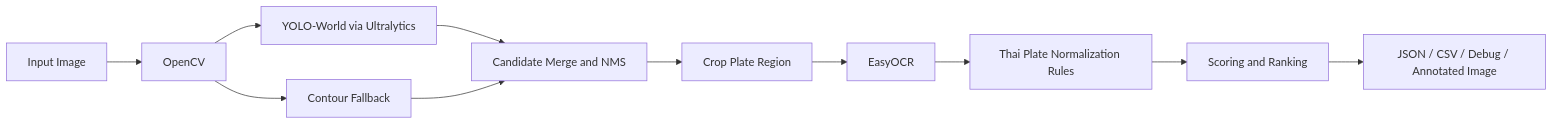
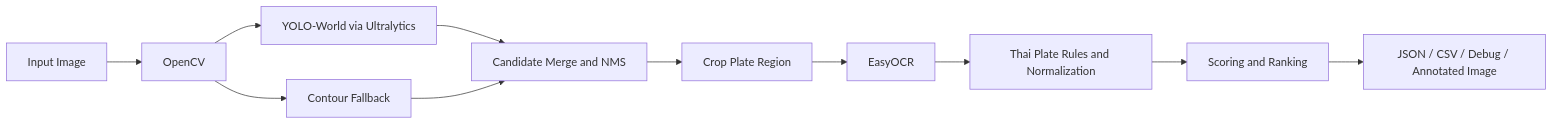
The first of 8 diagrams in README.md (Kidpech-code/thai_license_plate), drawn with Mermaid before and after one commit. The commit also changed other lines of this file, not shown here.

Commit message:
Expand README with bilingual docs and diagrams

````diff
--- a/README.md
+++ b/README.md
@@ -67,13 +73,13 @@
 ```mermaid
 flowchart LR
     A[Input Image] --> B[OpenCV]
     B --> C[YOLO-World via Ultralytics]
     B --> D[Contour Fallback]
     C --> E[Candidate Merge and NMS]
     D --> E
     E --> F[Crop Plate Region]
     F --> G[EasyOCR]
-    G --> H[Thai Plate Normalization Rules]
+    G --> H[Thai Plate Rules and Normalization]
     H --> I[Scoring and Ranking]
     I --> J[JSON / CSV / Debug / Annotated Image]
 ```
````
